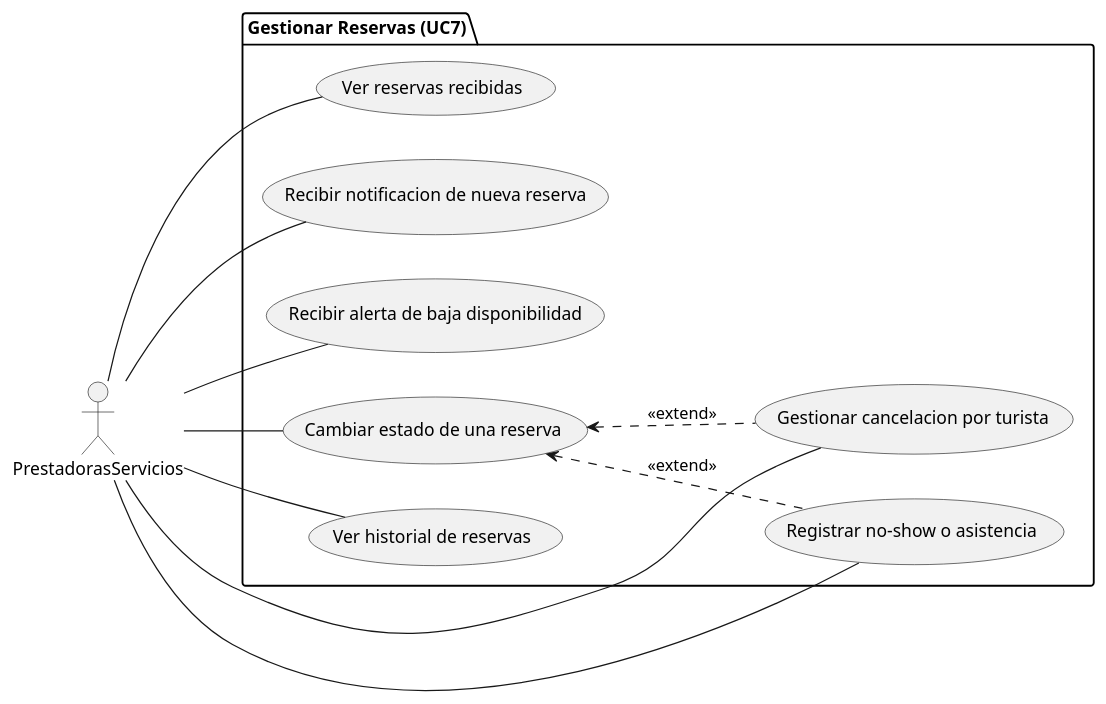
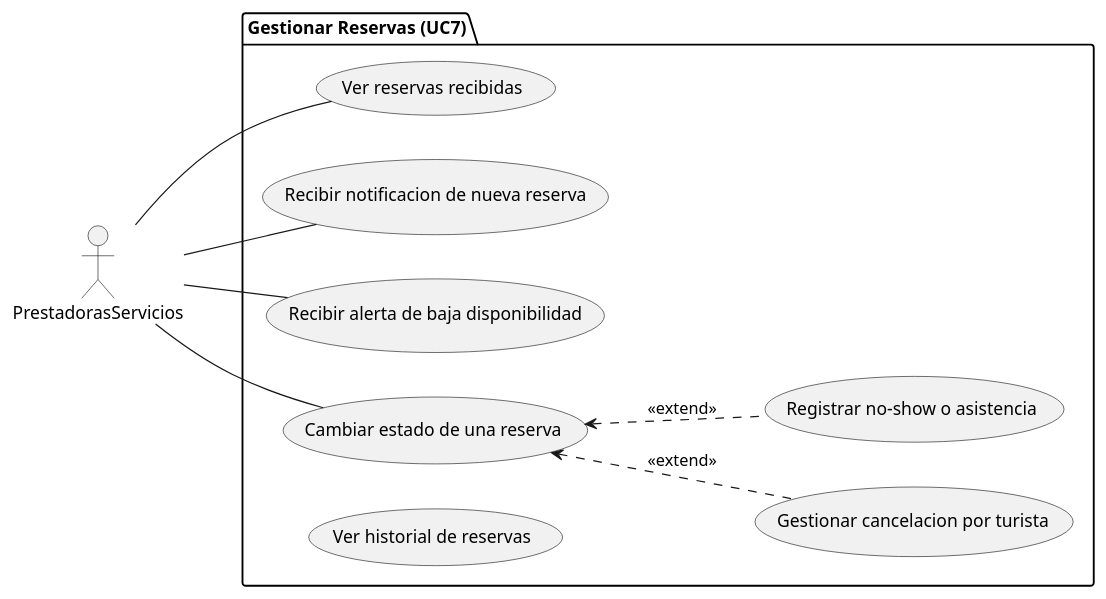
Before and after one commit to LJSaumeth/SM-Xplore-Proto: the diagram in docs/models/uc-lvl-1/gestionar-reservas/prestadora-diagrama.puml, drawn with PlantUML. The commit also changed 4 other files, not shown here.

Commit message:
Add combined use case diagrams

```diff
--- a/docs/models/uc-lvl-1/gestionar-reservas/prestadora-diagrama.puml
+++ b/docs/models/uc-lvl-1/gestionar-reservas/prestadora-diagrama.puml
@@ -1,28 +1,25 @@
 @startuml
 
 left to right direction
 
 actor PrestadorasServicios as P
 
 package "Gestionar Reservas (UC7)" {
     usecase "Ver reservas recibidas" as UC7_1
     usecase "Recibir notificacion de nueva reserva" as UC7_2
     usecase "Recibir alerta de baja disponibilidad" as UC7_3
     usecase "Cambiar estado de una reserva" as UC7_4
     usecase "Gestionar cancelacion por turista" as UC7_5
     usecase "Ver historial de reservas" as UC7_6
     usecase "Registrar no-show o asistencia" as UC7_7
 }
 
 P -- UC7_1
 P -- UC7_2
 P -- UC7_3
 P -- UC7_4
-P -- UC7_5
-P -- UC7_6
-P -- UC7_7
 
 UC7_4 <.. UC7_5 : <<extend>>
 UC7_4 <.. UC7_7 : <<extend>>
 
 @enduml
```
